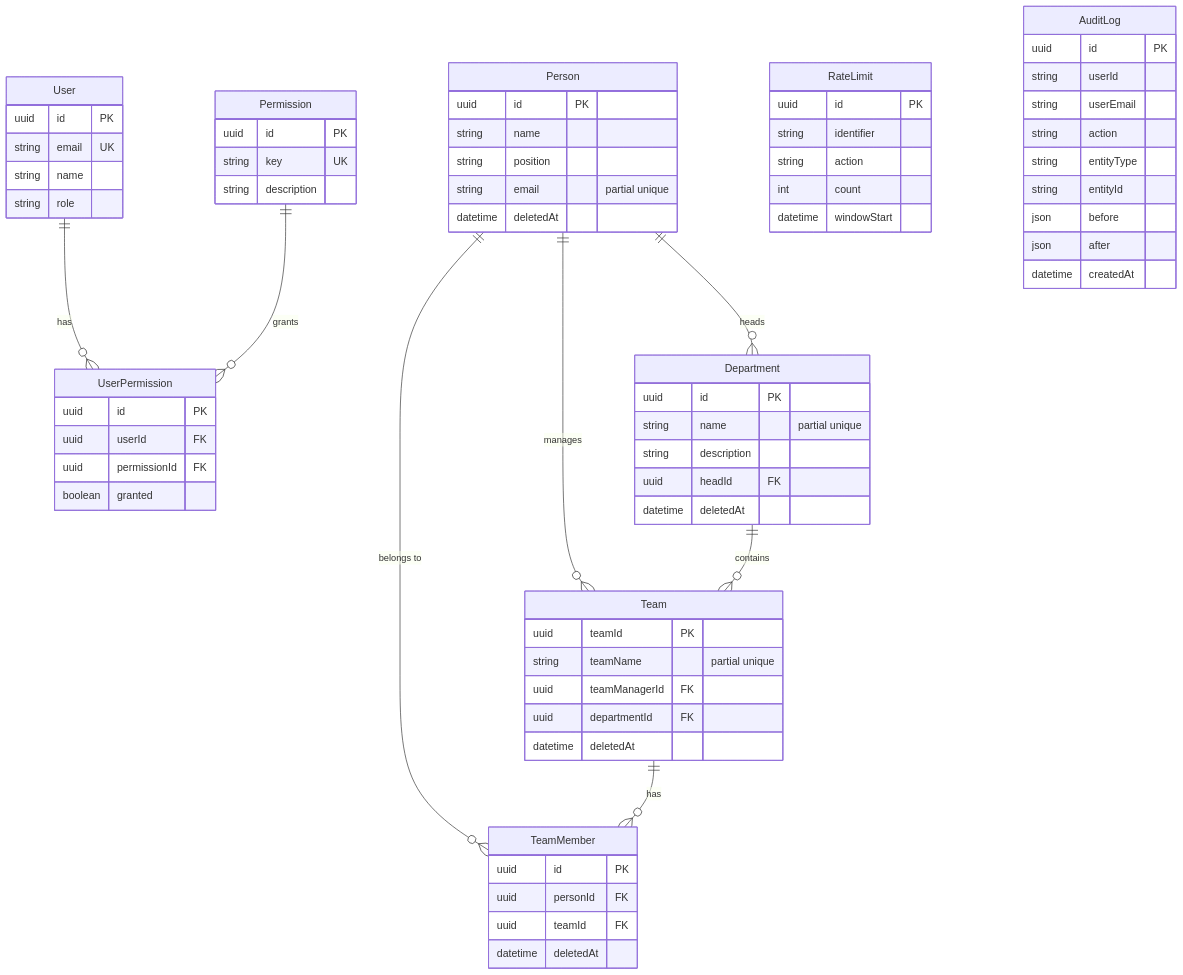
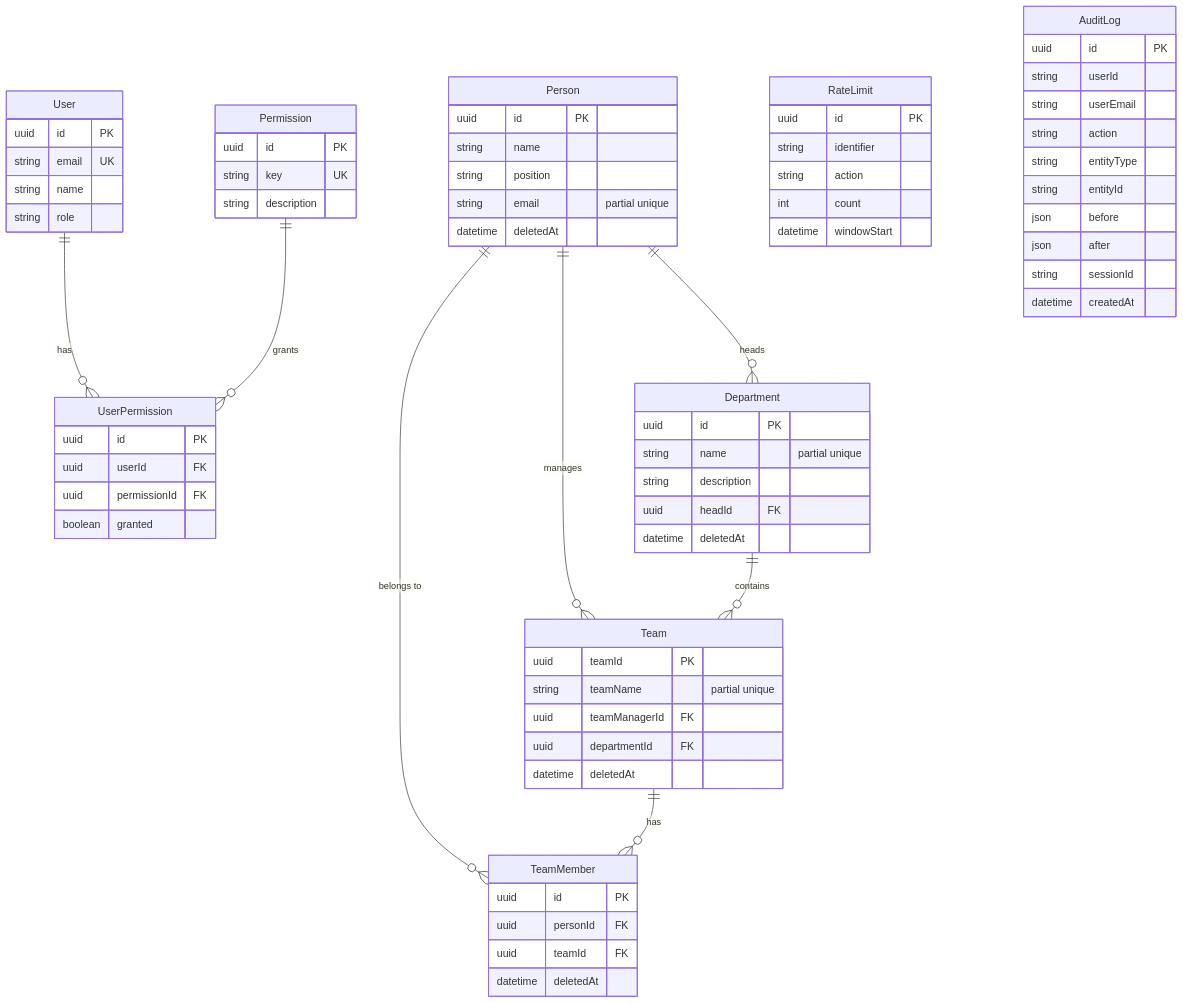
One commit to MikkoNumminen/HRManager changed the second of 5 diagrams in docs/architecture.md. Above: the diagram before and after it, drawn with Mermaid. The commit also changed 7 other files, not shown here.

First line of the commit message:
fix: sessionId isolation in mutations, Zod schema mismatch, audit query types

````diff
--- a/docs/architecture.md
+++ b/docs/architecture.md
@@ -24,81 +24,82 @@
 ```mermaid
 erDiagram
     Person ||--o{ TeamMember : "belongs to"
     Team ||--o{ TeamMember : "has"
     Person ||--o{ Team : "manages"
     Person ||--o{ Department : "heads"
     Department ||--o{ Team : "contains"
     User ||--o{ UserPermission : "has"
     Permission ||--o{ UserPermission : "grants"
 
     Person {
         uuid id PK
         string name
         string position
         string email "partial unique"
         datetime deletedAt
     }
 
     Team {
         uuid teamId PK
         string teamName "partial unique"
         uuid teamManagerId FK
         uuid departmentId FK
         datetime deletedAt
     }
 
     Department {
         uuid id PK
         string name "partial unique"
         string description
         uuid headId FK
         datetime deletedAt
     }
 
     TeamMember {
         uuid id PK
         uuid personId FK
         uuid teamId FK
         datetime deletedAt
     }
 
     RateLimit {
         uuid id PK
         string identifier
         string action
         int count
         datetime windowStart
     }
 
     User {
         uuid id PK
         string email UK
         string name
         string role
     }
 
     Permission {
         uuid id PK
         string key UK
         string description
     }
 
     UserPermission {
         uuid id PK
         uuid userId FK
         uuid permissionId FK
         boolean granted
     }
 
     AuditLog {
         uuid id PK
         string userId
         string userEmail
         string action
         string entityType
         string entityId
         json before
         json after
+        string sessionId
         datetime createdAt
     }
 ```
````
